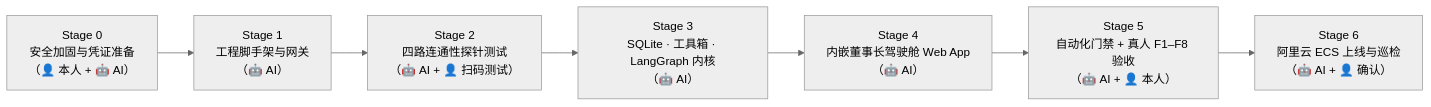
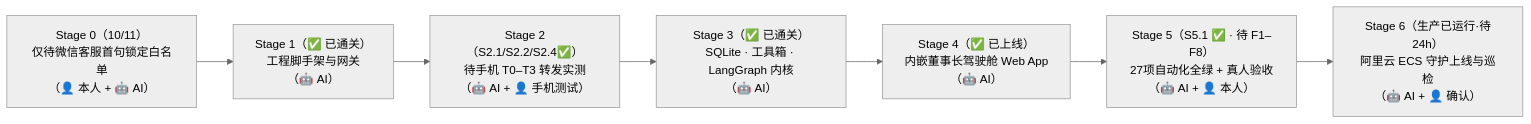
Before and after one commit to JohnWissentek/agentic_learning: the diagram in wechat_AI_assistant/docs/05-全流程实操SOP与验收Checklist.md, drawn with Mermaid (neutral theme). The commit also changed other lines of this file and 46 other files, not shown here.

````diff
--- a/wechat_AI_assistant/docs/05-全流程实操SOP与验收Checklist.md
+++ b/wechat_AI_assistant/docs/05-全流程实操SOP与验收Checklist.md
@@ -14,9 +16,9 @@
 ```mermaid
 flowchart LR
-    S0["Stage 0<br/>安全加固与凭证准备<br/>（👤 本人 + 🤖 AI）"] --> S1["Stage 1<br/>工程脚手架与网关<br/>（🤖 AI）"]
-    S1 --> S2["Stage 2<br/>四路连通性探针测试<br/>（🤖 AI + 👤 扫码测试）"]
-    S2 --> S3["Stage 3<br/>SQLite · 工具箱 · LangGraph 内核<br/>（🤖 AI）"]
-    S3 --> S4["Stage 4<br/>内嵌董事长驾驶舱 Web App<br/>（🤖 AI）"]
-    S4 --> S5["Stage 5<br/>自动化门禁 + 真人 F1–F8 验收<br/>（🤖 AI + 👤 本人）"]
-    S5 --> S6["Stage 6<br/>阿里云 ECS 上线与巡检<br/>（🤖 AI + 👤 确认）"]
+    S0["Stage 0（10/11）<br/>仅待微信客服首句锁定白名单<br/>（👤 本人 + 🤖 AI）"] --> S1["Stage 1（✅ 已通关）<br/>工程脚手架与网关<br/>（🤖 AI）"]
+    S1 --> S2["Stage 2（S2.1/S2.2/S2.4✅）<br/>待手机 T0–T3 转发实测<br/>（🤖 AI + 👤 手机测试）"]
+    S2 --> S3["Stage 3（✅ 已通关）<br/>SQLite · 工具箱 · LangGraph 内核<br/>（🤖 AI）"]
+    S3 --> S4["Stage 4（✅ 已上线）<br/>内嵌董事长驾驶舱 Web App<br/>（🤖 AI）"]
+    S4 --> S5["Stage 5（S5.1 ✅ · 待 F1–F8）<br/>27项自动化全绿 + 真人验收<br/>（🤖 AI + 👤 本人）"]
+    S5 --> S6["Stage 6（生产已运行·待24h）<br/>阿里云 ECS 守护上线与巡检<br/>（🤖 AI + 👤 确认）"]
 ```
````
